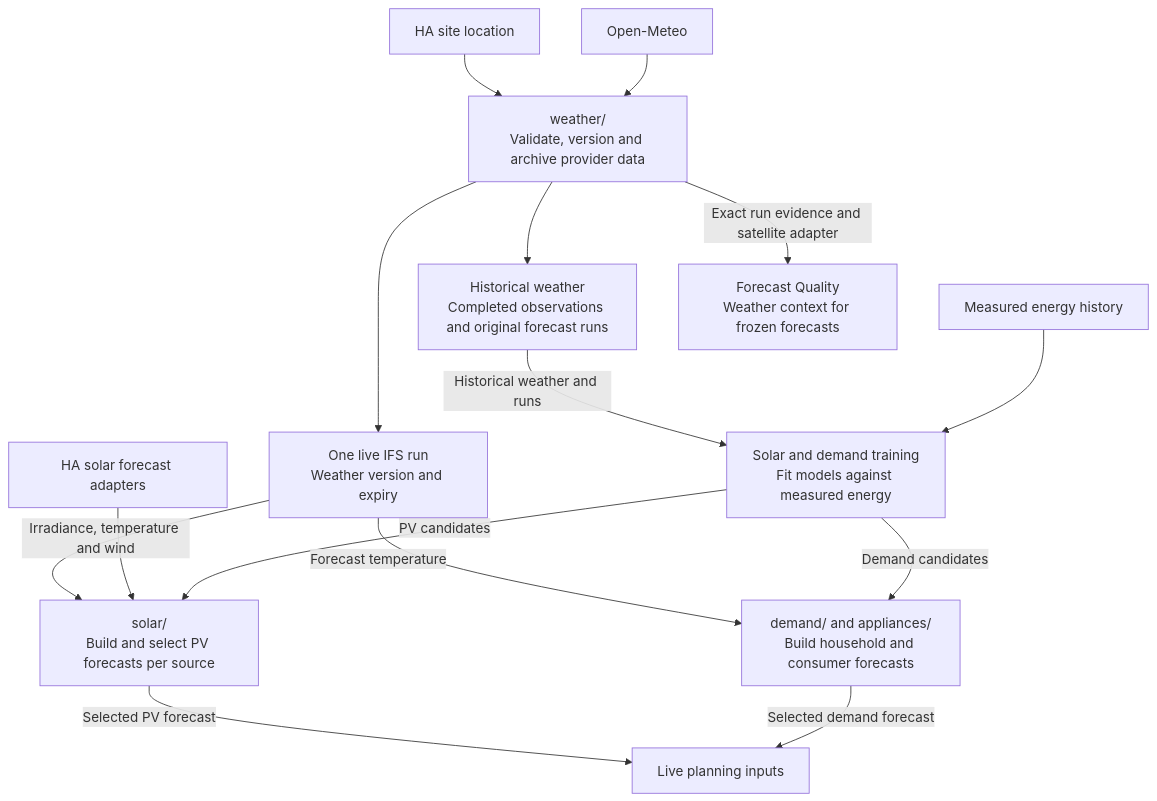
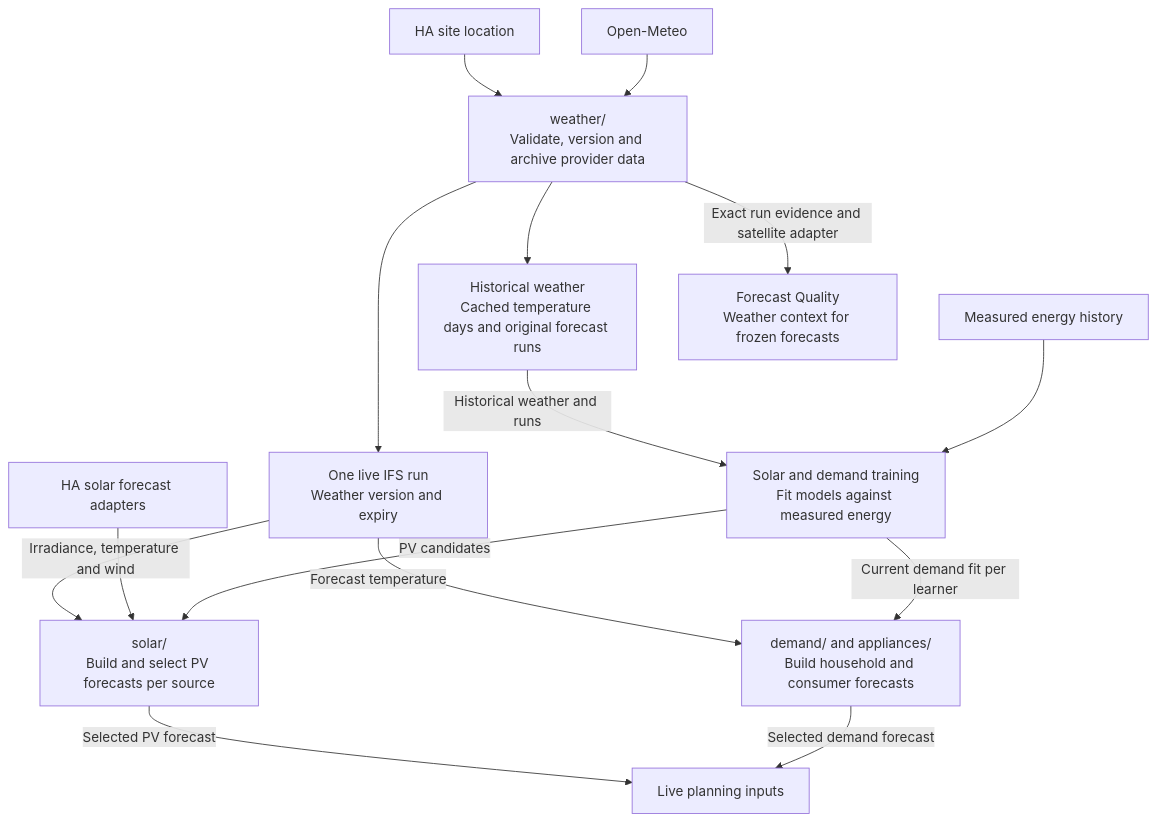
The third of 8 diagrams in docs/development/ARCHITECTURE-OVERVIEW.md (patrickvorgers/open-energy-planner), drawn with Mermaid before and after one commit. The commit also changed other lines of this file and 25 other files, not shown here.

Commit message:
feat: share training weather and retain current demand models

````diff
--- a/docs/development/ARCHITECTURE-OVERVIEW.md
+++ b/docs/development/ARCHITECTURE-OVERVIEW.md
@@ -101,19 +101,19 @@
 ```mermaid
 flowchart TD
     accTitle: Weather and forecast module flow
-    accDescr: The weather module owns one shared live provider run and separate historical evidence. Solar and demand build forecasts, historical training fits models, and Forecast Quality uses the original weather evidence.
+    accDescr: The weather module shares one live provider run and caches daily training temperatures. Solar and demand build forecasts from current models. Forecast Quality uses the originally issued values and weather evidence.
     LOCATION["HA site location"] --> WEATHER
     METEO["Open-Meteo"] --> WEATHER["weather/<br/>Validate, version and archive provider data"]
     WEATHER --> LIVE_RUN["One live IFS run<br/>Weather version and expiry"]
-    WEATHER --> HISTORY["Historical weather<br/>Completed observations and original forecast runs"]
+    WEATHER --> HISTORY["Historical weather<br/>Cached temperature days and original forecast runs"]
     LIVE_RUN -->|Irradiance, temperature and wind| PV["solar/<br/>Build and select PV forecasts per source"]
     HAFC["HA solar forecast adapters"] --> PV
     LIVE_RUN -->|Forecast temperature| LOAD["demand/ and appliances/<br/>Build household and consumer forecasts"]
     HISTORY -->|Historical weather and runs| TRAIN["Solar and demand training<br/>Fit models against measured energy"]
     METERS["Measured energy history"] --> TRAIN
     TRAIN -->|PV candidates| PV
-    TRAIN -->|Demand candidates| LOAD
+    TRAIN -->|Current demand fit per learner| LOAD
     PV -->|Selected PV forecast| LIVE["Live planning inputs"]
     LOAD -->|Selected demand forecast| LIVE
     WEATHER -->|Exact run evidence and satellite adapter| QUALITY["Forecast Quality<br/>Weather context for frozen forecasts"]
 ```
````
